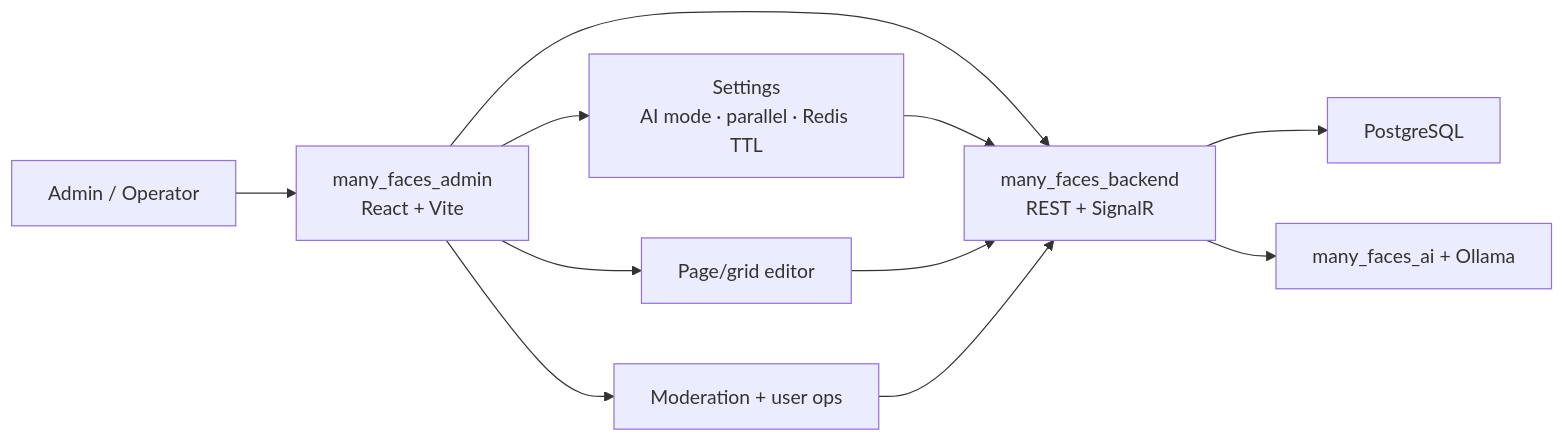
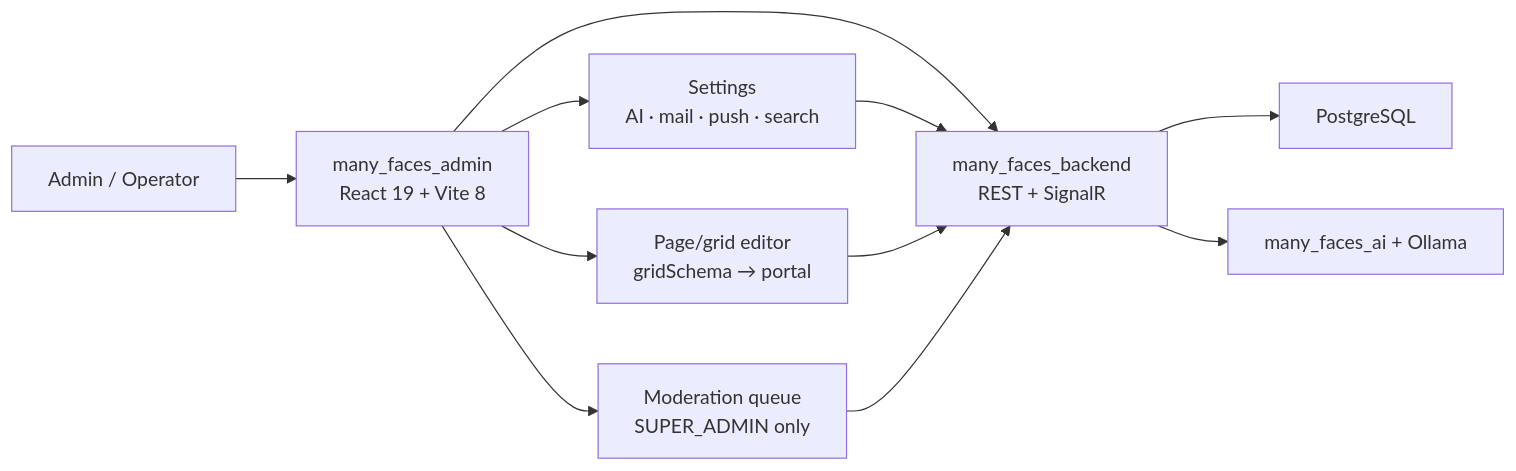
The first of 5 diagrams in README.md (01laky/many_faces_admin), drawn with Mermaid before and after one commit. The commit also changed other lines of this file, not shown here.

First line of the commit message:
docs(readme): full professional landing-page rewrite

````diff
--- a/README.md
+++ b/README.md
@@ -52,13 +44,13 @@
 ```mermaid
 flowchart LR
-    operator["Admin / Operator"] --> admin["many_faces_admin<br/>React + Vite"]
+    operator["Admin / Operator"] --> admin["many_faces_admin<br/>React 19 + Vite 8"]
     admin --> api["many_faces_backend<br/>REST + SignalR"]
-    admin --> settings["Settings<br/>AI mode · parallel · Redis TTL"]
-    admin --> pages["Page/grid editor"]
-    admin --> moderation["Moderation + user ops"]
+    admin --> settings["Settings<br/>AI · mail · push · search"]
+    admin --> pages["Page/grid editor<br/>gridSchema → portal"]
+    admin --> moderation["Moderation queue<br/>SUPER_ADMIN only"]
     settings --> api
     pages --> api
     moderation --> api
     api --> pg["PostgreSQL"]
     api --> ai["many_faces_ai + Ollama"]
 ```
````
